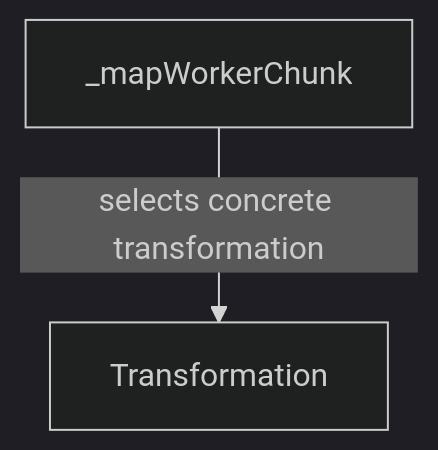
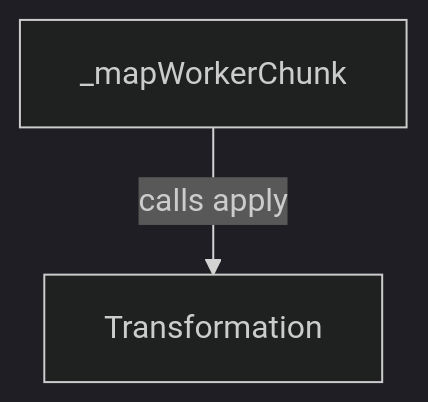
One commit to GreenPandaStudios/augscript changed the first of 4 diagrams in src/stdlib/collections/workers.aug.diagrams.md. Above: the diagram before and after it, drawn with Mermaid (dark theme). The commit also changed other lines of this file and 304 other files, not shown here.

Commit message:
Make generated data-flow sequences concise and review every diagram

````diff
--- a/src/stdlib/collections/workers.aug.diagrams.md
+++ b/src/stdlib/collections/workers.aug.diagrams.md
@@ -9,6 +9,6 @@
 ```mermaid
 flowchart TD
     n0["Transformation"]
     n1["_mapWorkerChunk"]
-    n1 -->|"selects concrete transformation"| n0
+    n1 -->|"calls apply"| n0
 ```
````
